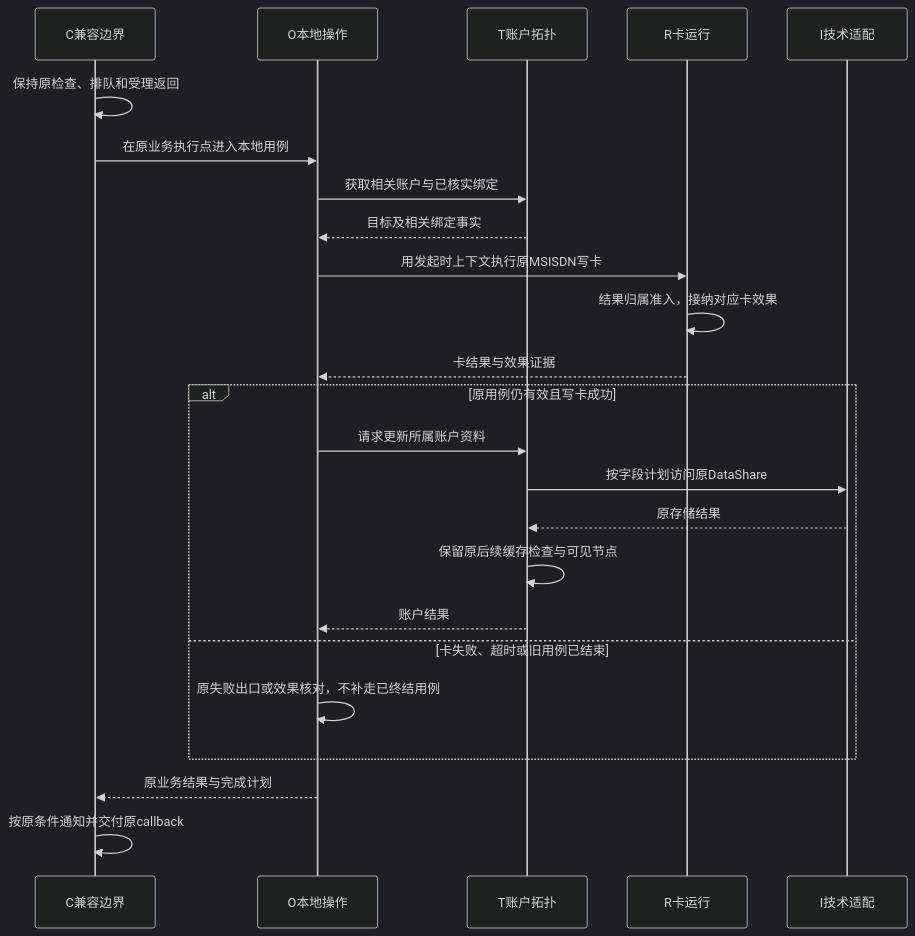
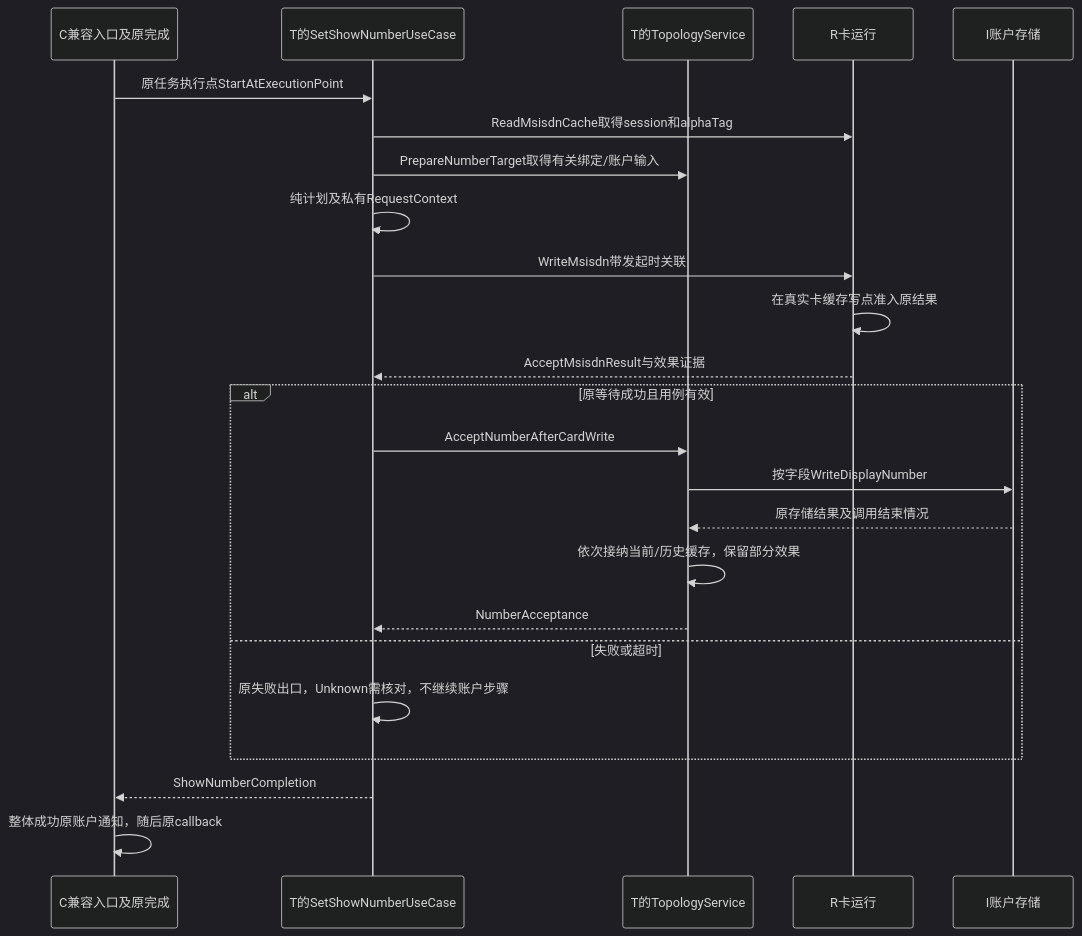
Before and after one commit to zjuluowu/multisim: the seventh of 15 diagrams in telephony_core_service/docs/多SIM架构重构_设计说明与业务流程对照.md, drawn with Mermaid (dark theme). The commit also changed other lines of this file and 53 other files, not shown here.

First line of the commit message:
feat(sim): add target architecture skeleton and detailed design

````diff
--- a/telephony_core_service/docs/多SIM架构重构_设计说明与业务流程对照.md
+++ b/telephony_core_service/docs/多SIM架构重构_设计说明与业务流程对照.md
@@ -519,26 +469,26 @@
 ```mermaid
 sequenceDiagram
-    participant C as C兼容边界
-    participant O as O本地操作
-    participant T as T账户拓扑
+    participant C as C兼容入口及原完成
+    participant U as T的SetShowNumberUseCase
+    participant T as T的TopologyService
     participant R as R卡运行
-    participant I as I技术适配
-    C->>C: 保持原检查、排队和受理返回
-    C->>O: 在原业务执行点进入本地用例
-    O->>T: 获取相关账户与已核实绑定
-    T-->>O: 目标及相关绑定事实
-    O->>R: 用发起时上下文执行原MSISDN写卡
-    R->>R: 结果归属准入，接纳对应卡效果
-    R-->>O: 卡结果与效果证据
-    alt 原用例仍有效且写卡成功
-        O->>T: 请求更新所属账户资料
-        T->>I: 按字段计划访问原DataShare
-        I-->>T: 原存储结果
-        T->>T: 保留原后续缓存检查与可见节点
-        T-->>O: 账户结果
-    else 卡失败、超时或旧用例已结束
-        O->>O: 原失败出口或效果核对，不补走已终结用例
+    participant I as I账户存储
+    C->>U: 原任务执行点StartAtExecutionPoint
+    U->>R: ReadMsisdnCache取得session和alphaTag
+    U->>T: PrepareNumberTarget取得有关绑定/账户输入
+    U->>U: 纯计划及私有RequestContext
+    U->>R: WriteMsisdn带发起时关联
+    R->>R: 在真实卡缓存写点准入原结果
+    R-->>U: AcceptMsisdnResult与效果证据
+    alt 原等待成功且用例有效
+        U->>T: AcceptNumberAfterCardWrite
+        T->>I: 按字段WriteDisplayNumber
+        I-->>T: 原存储结果及调用结束情况
+        T->>T: 依次接纳当前/历史缓存，保留部分效果
+        T-->>U: NumberAcceptance
+    else 失败或超时
+        U->>U: 原失败出口，Unknown需核对，不继续账户步骤
     end
-    O-->>C: 原业务结果与完成计划
-    C->>C: 按原条件通知并交付原callback
+    U-->>C: ShowNumberCompletion
+    C->>C: 整体成功原账户通知，随后原callback
 ```
````
